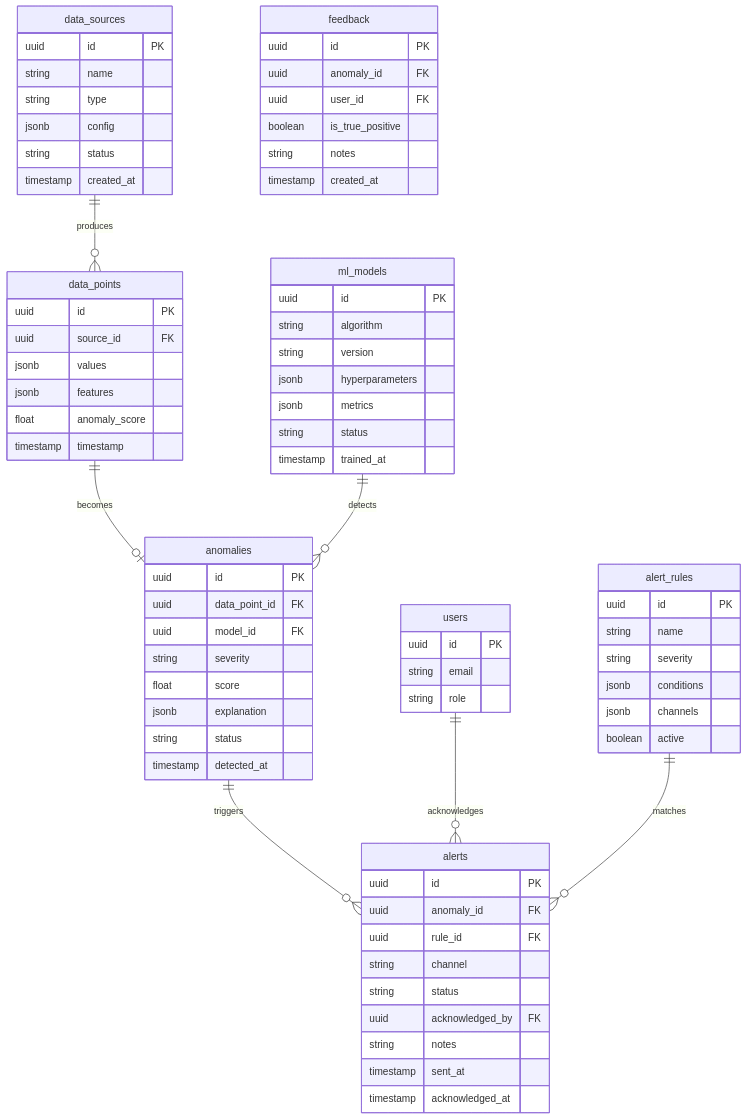
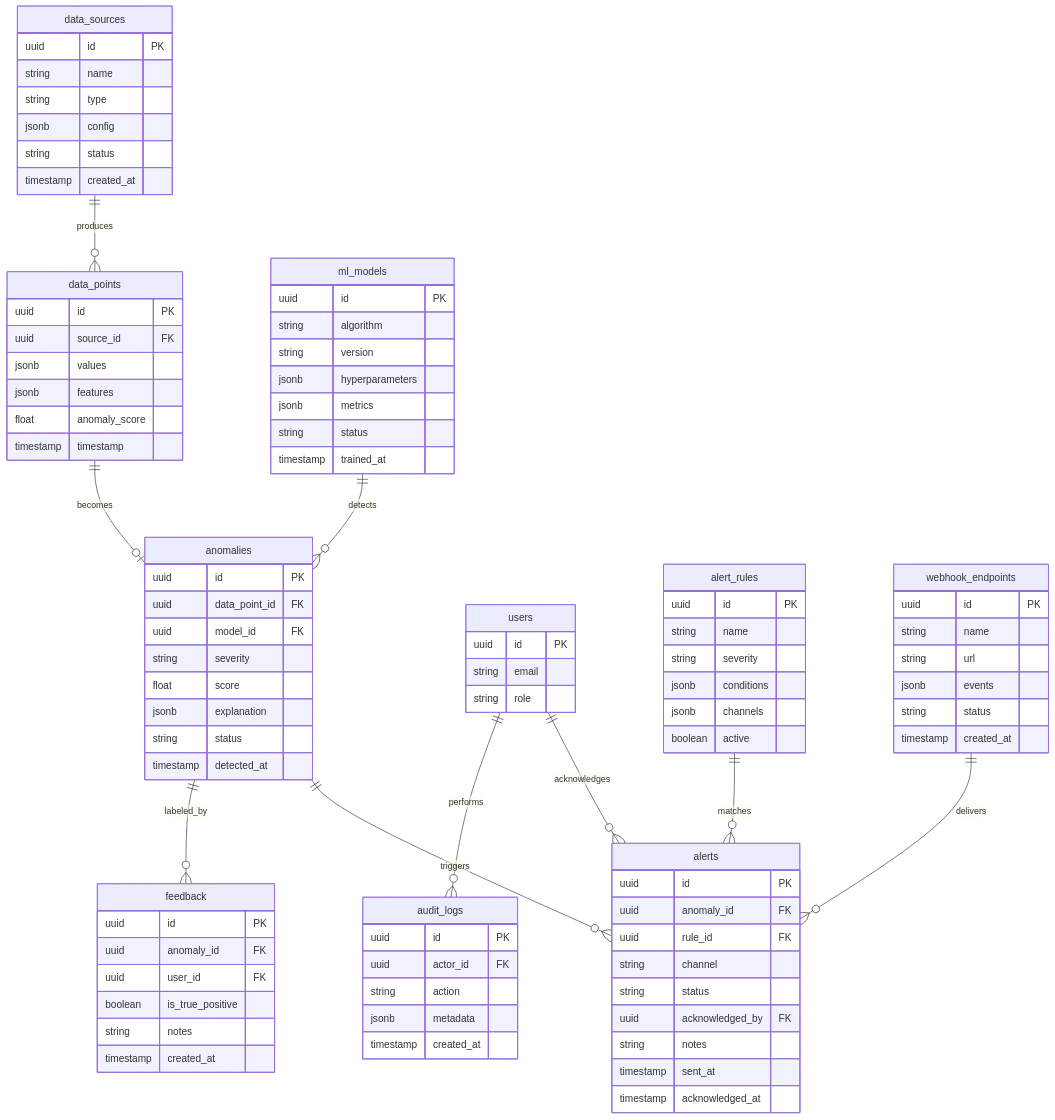
One commit to 0Ankit0/Project-Ideas changed the diagram in Anomaly Detection System/detailed-design/erd-database-schema.md. Above: the diagram before and after it, drawn with Mermaid. The commit also changed other lines of this file and 24 other files, not shown here.

````diff
--- a/Anomaly Detection System/detailed-design/erd-database-schema.md
+++ b/Anomaly Detection System/detailed-design/erd-database-schema.md
@@ -8,6 +8,9 @@
     ml_models ||--o{ anomalies : detects
     users ||--o{ alerts : acknowledges
     alert_rules ||--o{ alerts : matches
+    anomalies ||--o{ feedback : labeled_by
+    webhook_endpoints ||--o{ alerts : delivers
+    users ||--o{ audit_logs : performs
     
     data_sources {
         uuid id PK
@@ -83,4 +86,21 @@
         string notes
         timestamp created_at
     }
+
+    webhook_endpoints {
+        uuid id PK
+        string name
+        string url
+        jsonb events
+        string status
+        timestamp created_at
+    }
+
+    audit_logs {
+        uuid id PK
+        uuid actor_id FK
+        string action
+        jsonb metadata
+        timestamp created_at
+    }
 ```
````
